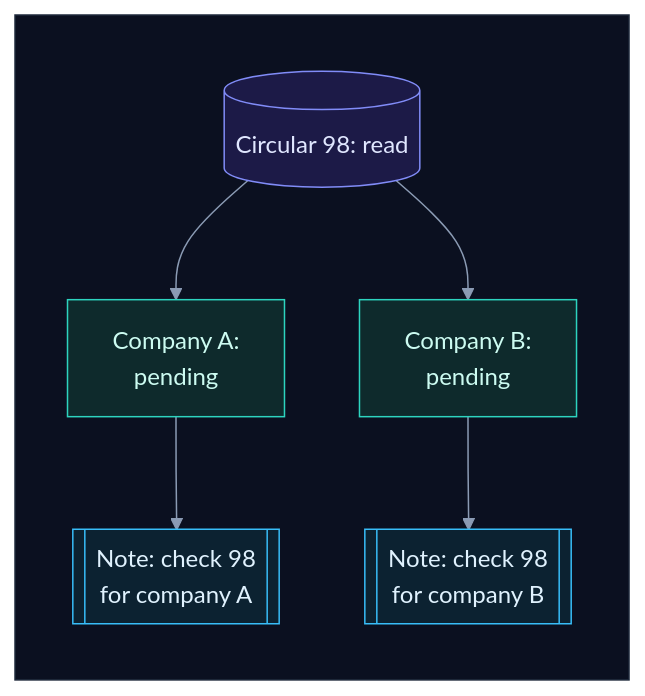
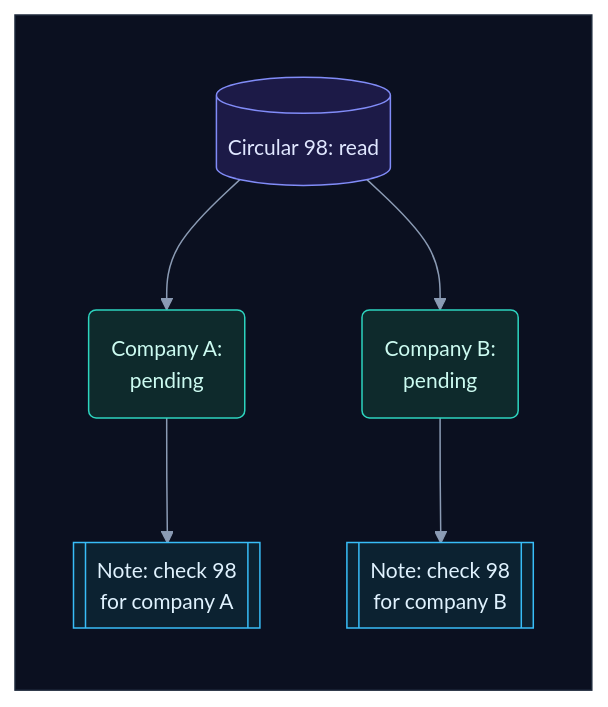
Before and after one commit to selvakumarperumal/Regulatory_Circular_Impact_Agent: diagram 11 of 57 in how_it_works.md, drawn with Mermaid. The commit also changed other lines of this file and 5 other files, not shown here.

Commit message:
Give the docs' flowcharts a shape per kind of part, more room and slightly smaller text

````diff
--- a/how_it_works.md
+++ b/how_it_works.md
@@ -612,25 +612,25 @@
 ```mermaid
-%%{init: {"theme": "base", "flowchart": {"diagramPadding": 0}, "themeVariables": {"darkMode": true, "primaryColor": "#16213a", "primaryTextColor": "#e6edf7", "primaryBorderColor": "#475a7a", "lineColor": "#8b9bb4", "secondaryColor": "#1b2436", "tertiaryColor": "#101a2e", "edgeLabelBackground": "#0f172a", "textColor": "#e2e8f0", "clusterBkg": "#0f1728", "clusterBorder": "#2b3a55", "titleColor": "#c4b5fd", "nodeTextColor": "#e6edf7"}}}%%
+%%{init: {"theme": "base", "flowchart": {"diagramPadding": 0, "nodeSpacing": 58, "rankSpacing": 58, "curve": "basis"}, "themeVariables": {"fontSize": "14px", "darkMode": true, "primaryColor": "#16213a", "primaryTextColor": "#e6edf7", "primaryBorderColor": "#475a7a", "lineColor": "#8b9bb4", "secondaryColor": "#1b2436", "tertiaryColor": "#101a2e", "edgeLabelBackground": "#0f172a", "textColor": "#e2e8f0", "clusterBkg": "#0f1728", "clusterBorder": "#2b3a55", "titleColor": "#c4b5fd", "nodeTextColor": "#e6edf7"}}}%%
 flowchart TD
     subgraph canvas[" "]
         direction TB
-        c[("Circular 98: read")] --> a["Company A:<br/>pending"]
-        c --> b["Company B:<br/>pending"]
+        c[("Circular 98: read")] --> a("Company A:<br/>pending")
+        c --> b("Company B:<br/>pending")
         a --> ta[["Note: check 98<br/>for company A"]]
         b --> tb[["Note: check 98<br/>for company B"]]
     end
     classDef svc fill:#0e2a2c,stroke:#2dd4bf,color:#ccfbf1
     classDef data fill:#1c1a47,stroke:#818cf8,color:#e0e7ff
     classDef ext fill:#2a1640,stroke:#c084fc,color:#f3e8ff
     classDef gpu fill:#2d1b0c,stroke:#fb923c,color:#ffedd5
     classDef ask fill:#2a2410,stroke:#fbbf24,color:#fef3c7
     classDef ok fill:#0b2a1c,stroke:#34d399,color:#d1fae5
     classDef bad fill:#2e0f17,stroke:#fb7185,color:#ffe4e6
     classDef start fill:#1c2a0e,stroke:#a7ef6f,color:#ecfccb
     classDef muted fill:#1a2130,stroke:#64748b,color:#cbd5e1
     classDef queue fill:#0c2231,stroke:#38bdf8,color:#e0f2fe
     class c data
     class a,b svc
     class ta,tb queue
     style canvas fill:#0b1020,stroke:#1e293b,color:#0b1020
 ```
````
